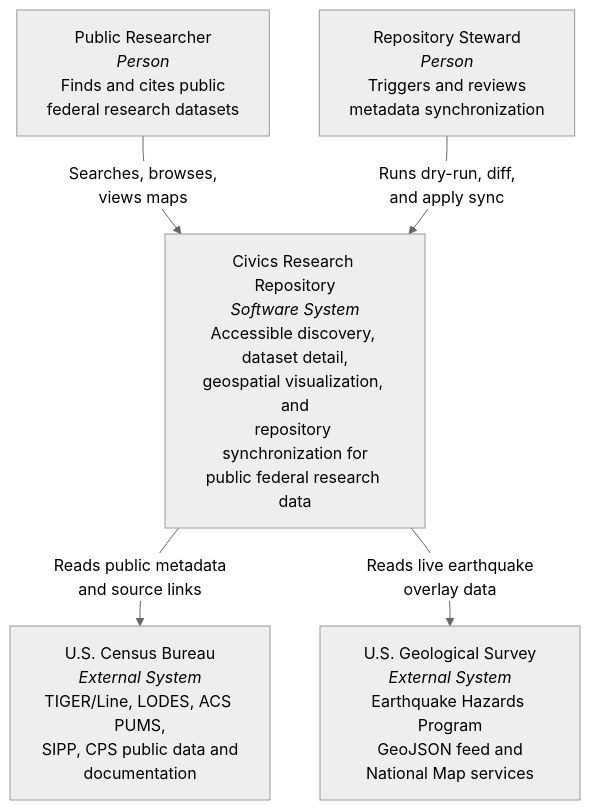
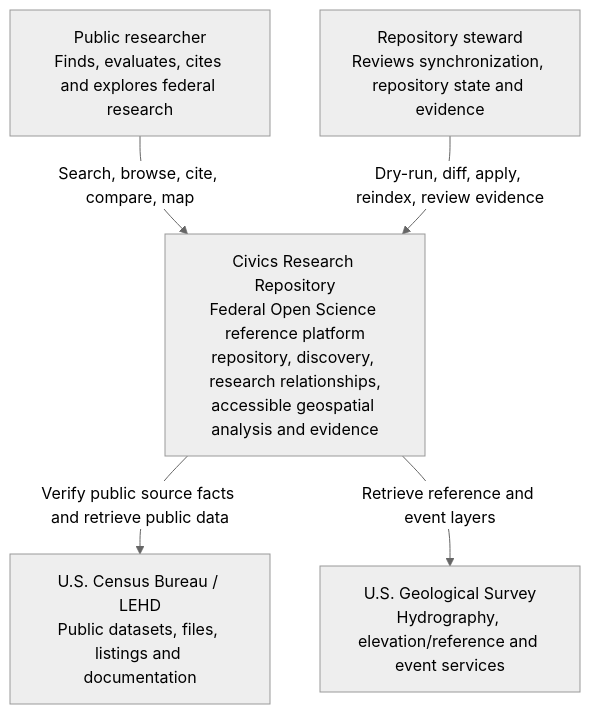
One commit to JeffreySanford/civics-research-repository changed the first of 6 diagrams in documentation/architecture-diagrams.md. Above: the diagram before and after it, drawn with Mermaid (neutral theme). The commit also changed other lines of this file and 14 other files, not shown here.

First line of the commit message:
Align documentation with the current Open Science platform

````diff
--- a/documentation/architecture-diagrams.md
+++ b/documentation/architecture-diagrams.md
@@ -9,15 +7,15 @@
 ```mermaid
 flowchart TB
-    researcher["Public Researcher<br/><i>Person</i><br/>Finds and cites public<br/>federal research datasets"]
-    steward["Repository Steward<br/><i>Person</i><br/>Triggers and reviews<br/>metadata synchronization"]
+    researcher["Public researcher<br/>Finds, evaluates, cites and explores federal research"]
+    steward["Repository steward<br/>Reviews synchronization, repository state and evidence"]
 
-    crr["Civics Research Repository<br/><i>Software System</i><br/>Accessible discovery, dataset detail,<br/>geospatial visualization, and<br/>repository synchronization for<br/>public federal research data"]
+    crr["Civics Research Repository<br/>Federal Open Science reference platform<br/>repository, discovery, research relationships,<br/>accessible geospatial analysis and evidence"]
 
-    census["U.S. Census Bureau<br/><i>External System</i><br/>TIGER/Line, LODES, ACS PUMS,<br/>SIPP, CPS public data and<br/>documentation"]
-    usgs["U.S. Geological Survey<br/><i>External System</i><br/>Earthquake Hazards Program<br/>GeoJSON feed and<br/>National Map services"]
+    census["U.S. Census Bureau / LEHD<br/>Public datasets, files, listings and documentation"]
+    usgs["U.S. Geological Survey<br/>Hydrography, elevation/reference and event services"]
 
-    researcher -->|"Searches, browses,<br/>views maps"| crr
-    steward -->|"Runs dry-run, diff,<br/>and apply sync"| crr
-    crr -->|"Reads public metadata<br/>and source links"| census
-    crr -->|"Reads live earthquake<br/>overlay data"| usgs
+    researcher -->|Search, browse, cite, compare, map| crr
+    steward -->|Dry-run, diff, apply, reindex, review evidence| crr
+    crr -->|Verify public source facts and retrieve public data| census
+    crr -->|Retrieve reference and event layers| usgs
 ```
````
